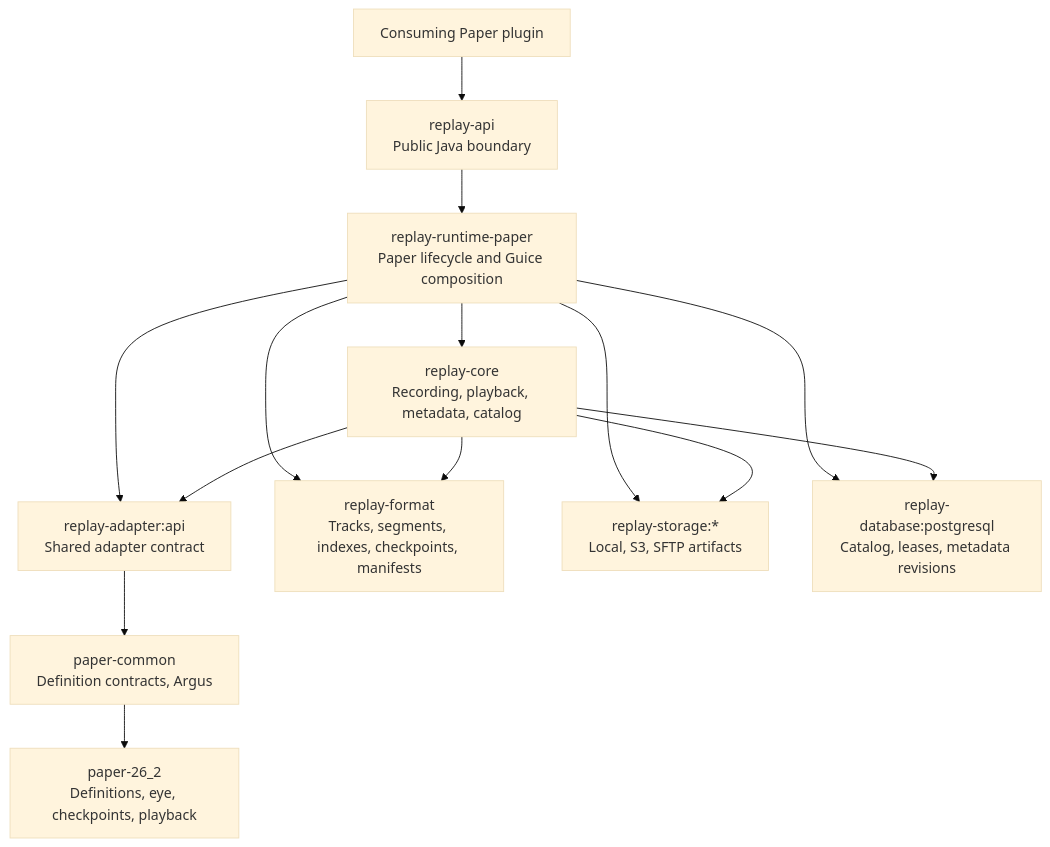
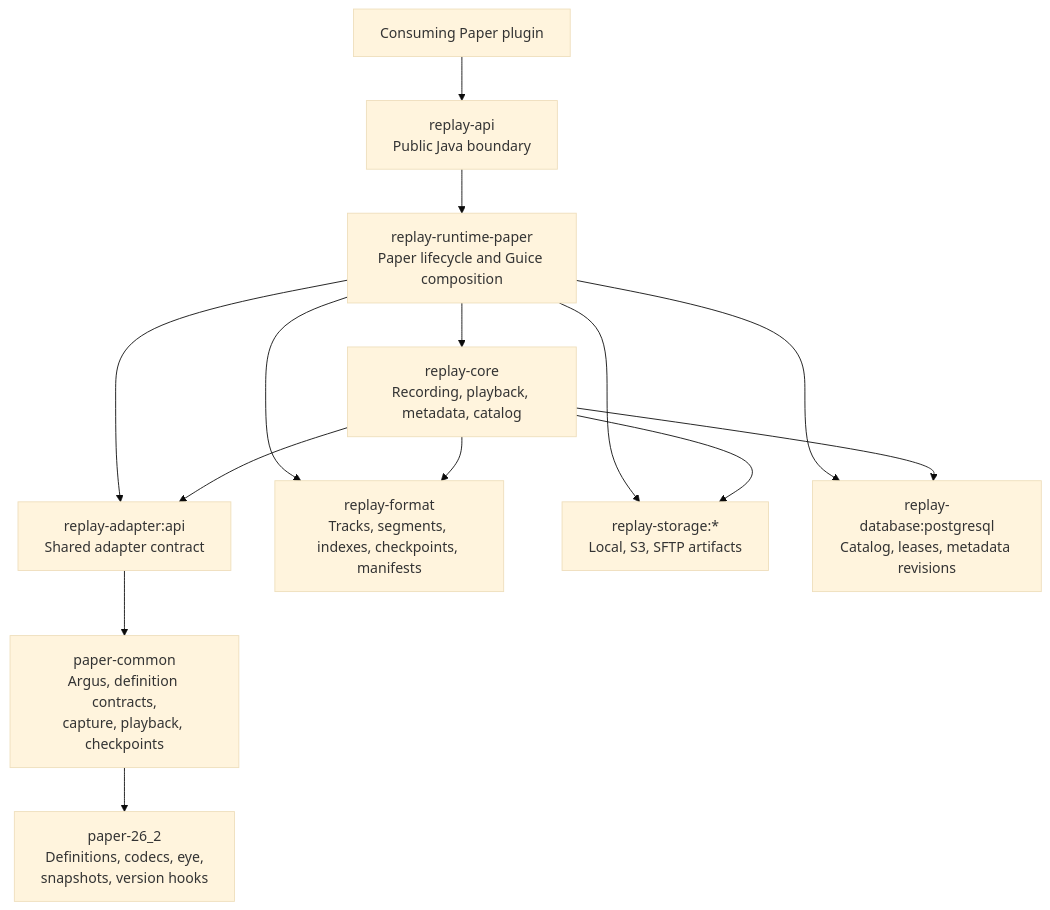
Before and after one commit to schmolldechse/replay-framework: the first of 3 diagrams in docs/architecture.md, drawn with Mermaid (base theme). The commit also changed other lines of this file and 6 other files, not shown here.

````diff
--- a/docs/architecture.md
+++ b/docs/architecture.md
@@ -9,18 +9,18 @@
 ```mermaid
 flowchart TD
     plugin["Consuming Paper plugin"] --> api["replay-api<br/>Public Java boundary"]
     api --> runtime["replay-runtime-paper<br/>Paper lifecycle and Guice composition"]
 
     runtime --> core["replay-core<br/>Recording, playback, metadata, catalog"]
     runtime --> adapterApi["replay-adapter:api<br/>Shared adapter contract"]
-    adapterApi --> paperCommon["paper-common<br/>Definition contracts, Argus"]
-    paperCommon --> adapter262["paper-26_2<br/>Definitions, eye, checkpoints, playback"]
+    adapterApi --> paperCommon["paper-common<br/>Argus, definition contracts,<br/>capture, playback, checkpoints"]
+    paperCommon --> adapter262["paper-26_2<br/>Definitions, codecs, eye,<br/>snapshots, version hooks"]
     runtime --> format["replay-format<br/>Tracks, segments, indexes, checkpoints, manifests"]
     runtime --> storage["replay-storage:*<br/>Local, S3, SFTP artifacts"]
     runtime --> database["replay-database:postgresql<br/>Catalog, leases, metadata revisions"]
 
     core --> adapterApi
     core --> format
     core --> storage
     core --> database
 ```
````
